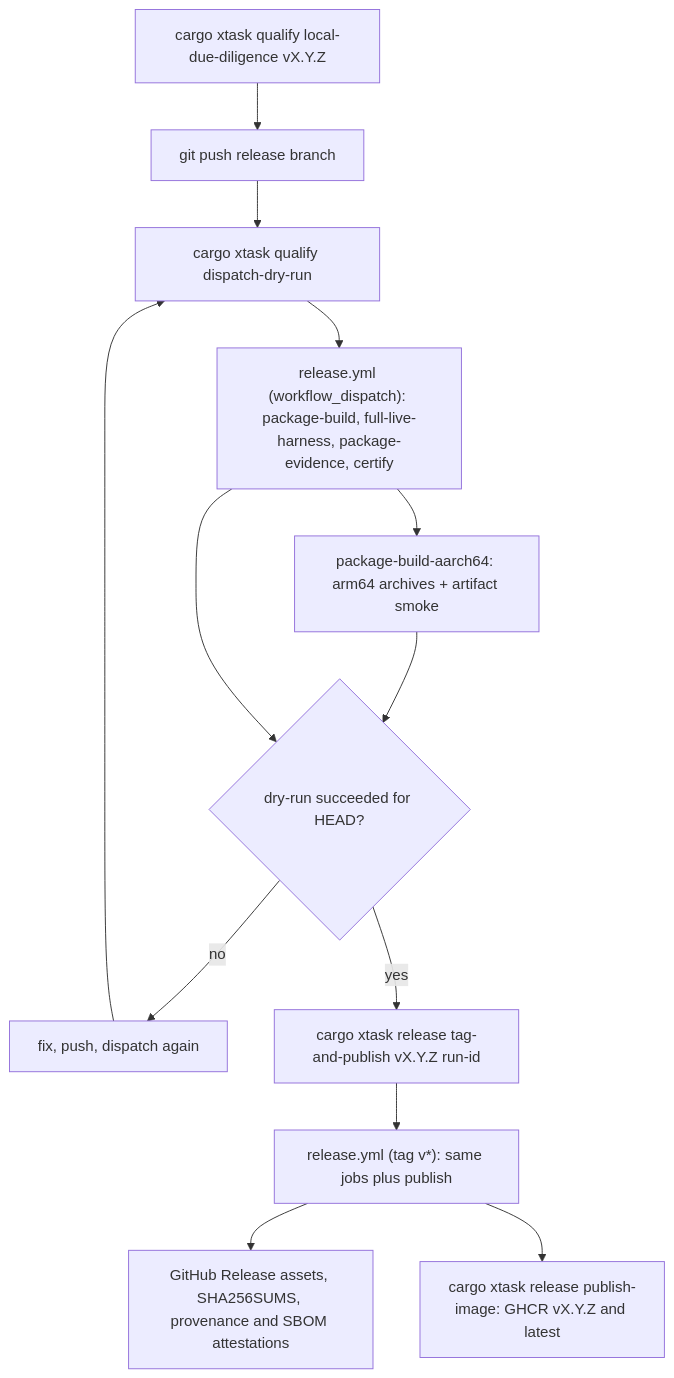
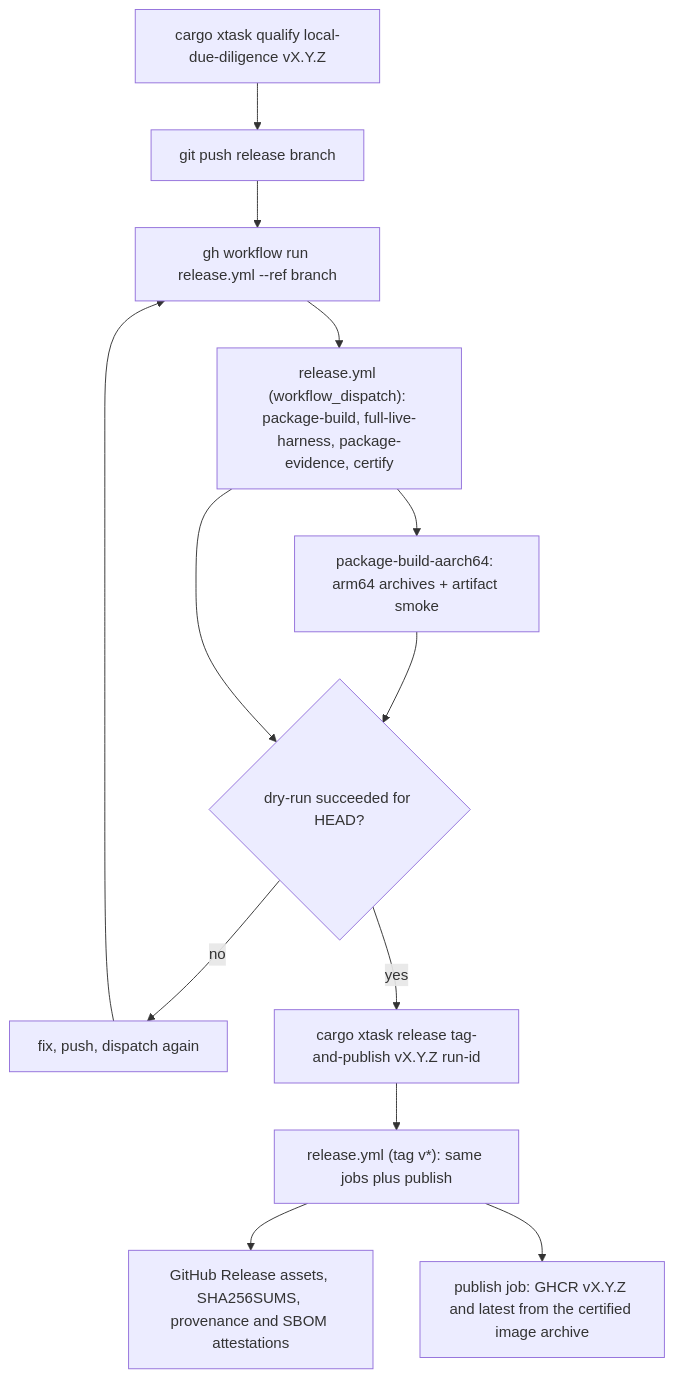
Before and after one commit to krsna1729/restream: the diagram in docs/release-runbook.md, drawn with Mermaid. The commit also changed other lines of this file and 68 other files, not shown here.

````diff
--- a/docs/release-runbook.md
+++ b/docs/release-runbook.md
@@ -22,15 +22,15 @@
 ```mermaid
 flowchart TD
   ldd["cargo xtask qualify local-due-diligence vX.Y.Z"] --> push["git push release branch"]
-  push --> dry["cargo xtask qualify dispatch-dry-run"]
+  push --> dry["gh workflow run release.yml --ref branch"]
   dry --> wf["release.yml (workflow_dispatch): package-build, full-live-harness, package-evidence, certify"]
   wf --> arm["package-build-aarch64: arm64 archives + artifact smoke"]
   arm --> ok
   wf --> ok{"dry-run succeeded for HEAD?"}
   ok -- no --> fix["fix, push, dispatch again"]
   fix --> dry
   ok -- yes --> tag["cargo xtask release tag-and-publish vX.Y.Z run-id"]
   tag --> tagwf["release.yml (tag v*): same jobs plus publish"]
   tagwf --> gh["GitHub Release assets, SHA256SUMS, provenance and SBOM attestations"]
-  tagwf --> img["cargo xtask release publish-image: GHCR vX.Y.Z and latest"]
+  tagwf --> img["publish job: GHCR vX.Y.Z and latest from the certified image archive"]
 ```
````
